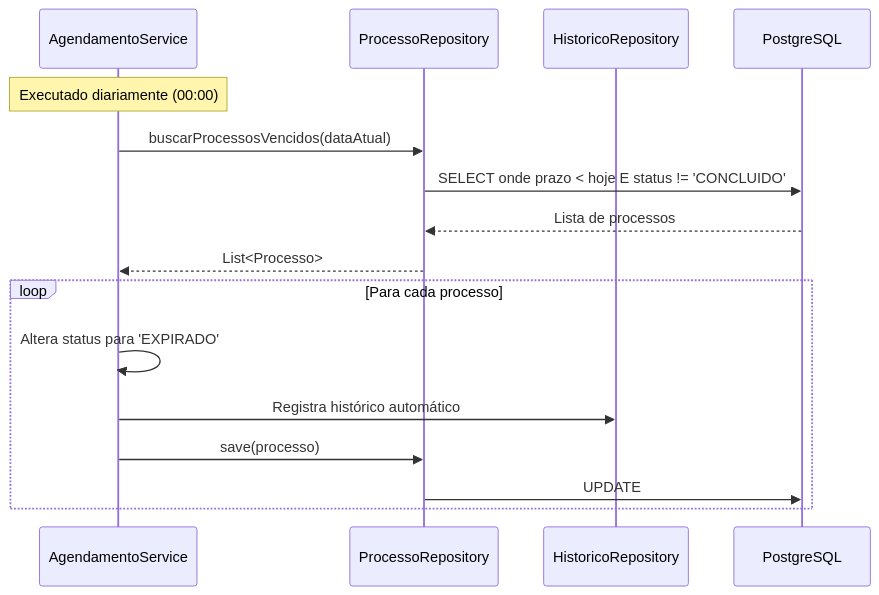
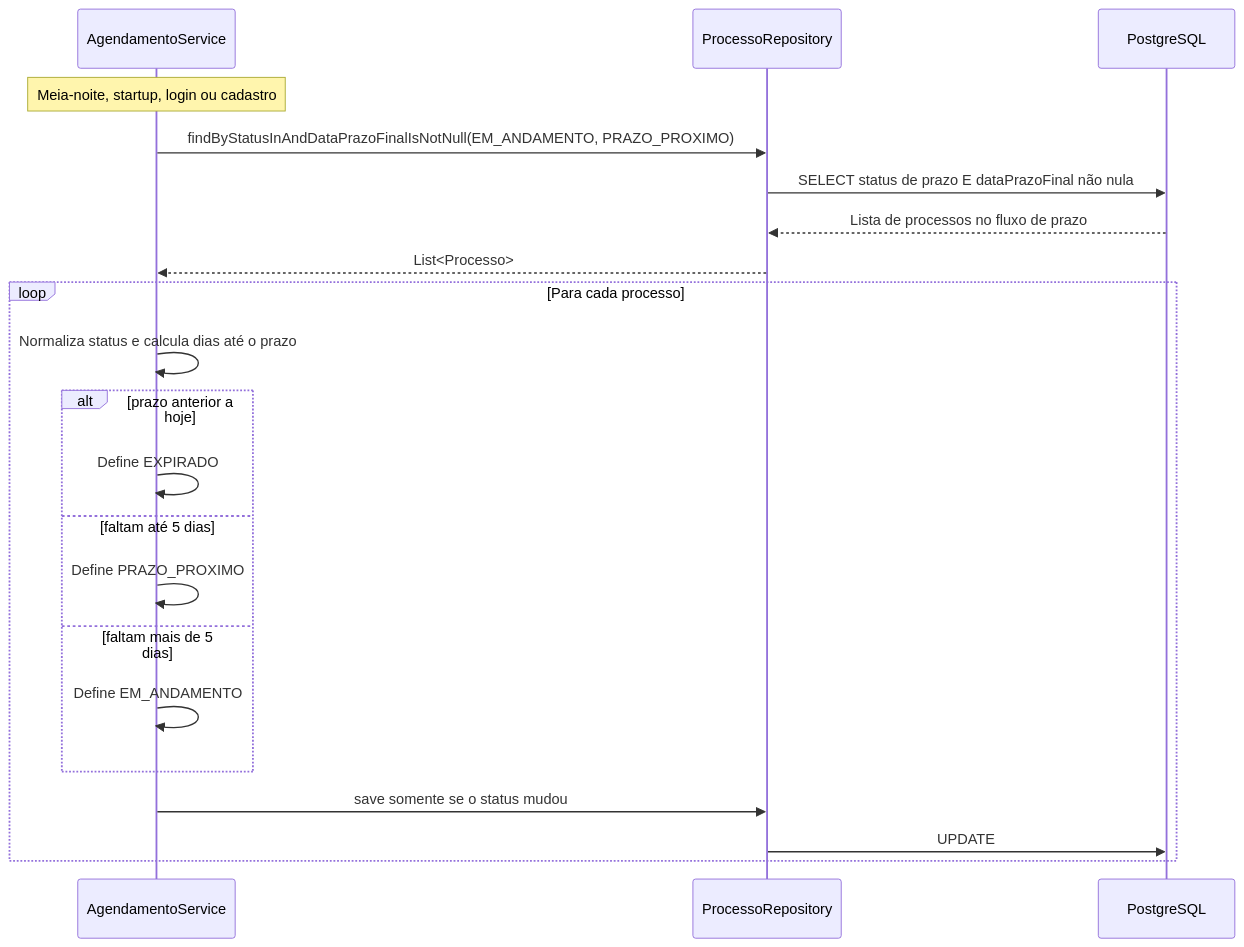
Before and after one commit to GestaoSEI/gestao-sei-backend: the third of 3 diagrams in ARQUITETURA.md, drawn with Mermaid. The commit also changed other lines of this file, not shown here.

````diff
--- a/ARQUITETURA.md
+++ b/ARQUITETURA.md
@@ -79,20 +83,25 @@
 ```mermaid
 sequenceDiagram
     participant S as AgendamentoService
     participant R as ProcessoRepository
-    participant H as HistoricoRepository
     participant DB as PostgreSQL
 
-    Note over S: Executado diariamente (00:00)
-    S->>R: buscarProcessosVencidos(dataAtual)
-    R->>DB: SELECT onde prazo < hoje E status != 'CONCLUIDO'
-    DB-->>R: Lista de processos
+    Note over S: Meia-noite, startup, login ou cadastro
+    S->>R: findByStatusInAndDataPrazoFinalIsNotNull(EM_ANDAMENTO, PRAZO_PROXIMO)
+    R->>DB: SELECT status de prazo E dataPrazoFinal não nula
+    DB-->>R: Lista de processos no fluxo de prazo
     R-->>S: List<Processo>
     
     loop Para cada processo
-        S->>S: Altera status para 'EXPIRADO'
-        S->>H: Registra histórico automático
-        S->>R: save(processo)
+        S->>S: Normaliza status e calcula dias até o prazo
+        alt prazo anterior a hoje
+            S->>S: Define EXPIRADO
+        else faltam até 5 dias
+            S->>S: Define PRAZO_PROXIMO
+        else faltam mais de 5 dias
+            S->>S: Define EM_ANDAMENTO
+        end
+        S->>R: save somente se o status mudou
         R->>DB: UPDATE
     end
 ```
````
